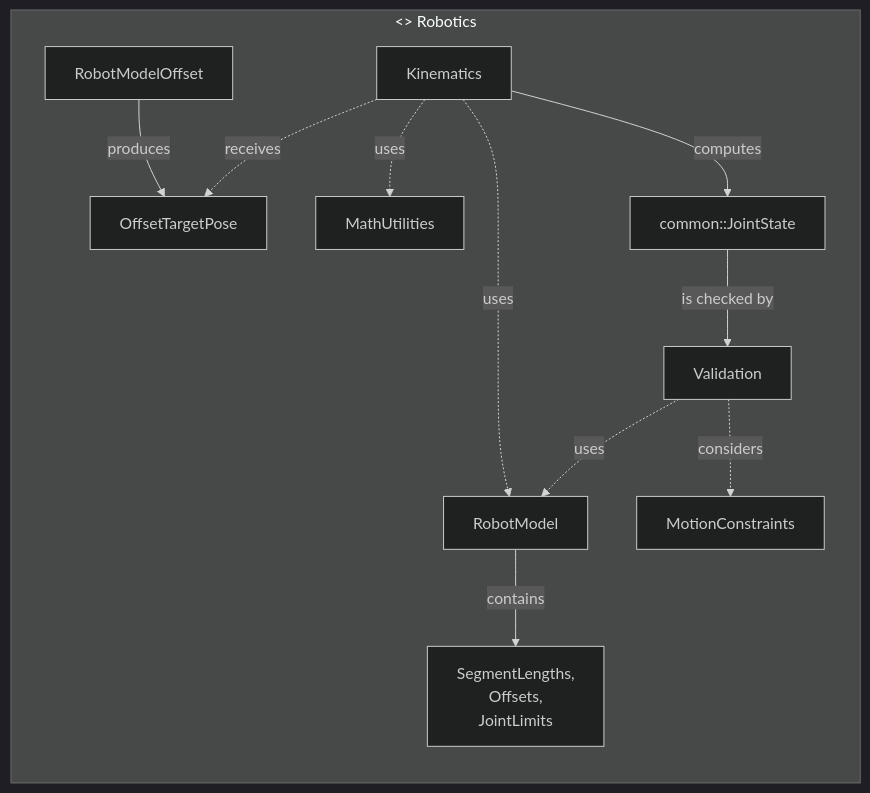
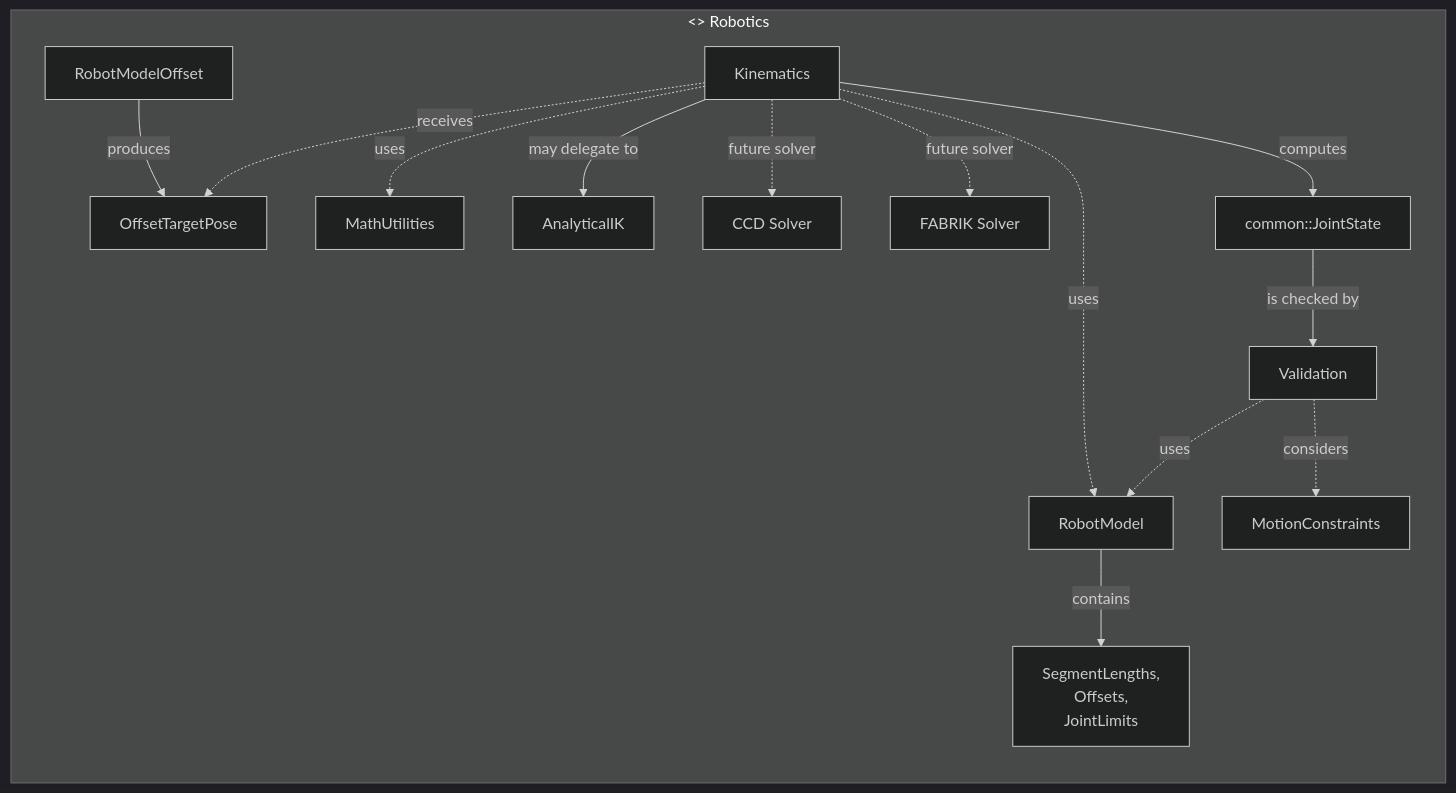
One commit to butz1999/inverse_kinematik changed the fourth of 7 diagrams in doc/projektbeschreibung.md. Above: the diagram before and after it, drawn with Mermaid (dark theme). The commit also changed other lines of this file and 20 other files, not shown here.

````diff
--- a/doc/projektbeschreibung.md
+++ b/doc/projektbeschreibung.md
@@ -500,24 +512,30 @@
 ```mermaid
 flowchart LR
     subgraph ROB["<<component>> Robotics"]
         C1[Kinematics]
         C2[Validation]
         C3[RobotModel]
         C4[RobotModelOffset]
         C5[MotionConstraints]
         C6[common::JointState]
         C7[OffsetTargetPose]
         C8[MathUtilities]
         C9[SegmentLengths,\nOffsets,\nJointLimits]
+        C10[AnalyticalIK]
+        C11[CCD Solver]
+        C12[FABRIK Solver]
 
         C1 -.->|uses| C3
         C4 -->|produces| C7
         C1 -.->|receives| C7
         C1 -.->|uses| C8
+        C1 -->|may delegate to| C10
+        C1 -.->|future solver| C11
+        C1 -.->|future solver| C12
         C2 -.->|uses| C3
         C2 -.->|considers| C5
         C3 -->|contains| C9
         C1 -->|computes| C6
         C6 -->|is checked by| C2
     end
 ```
````
